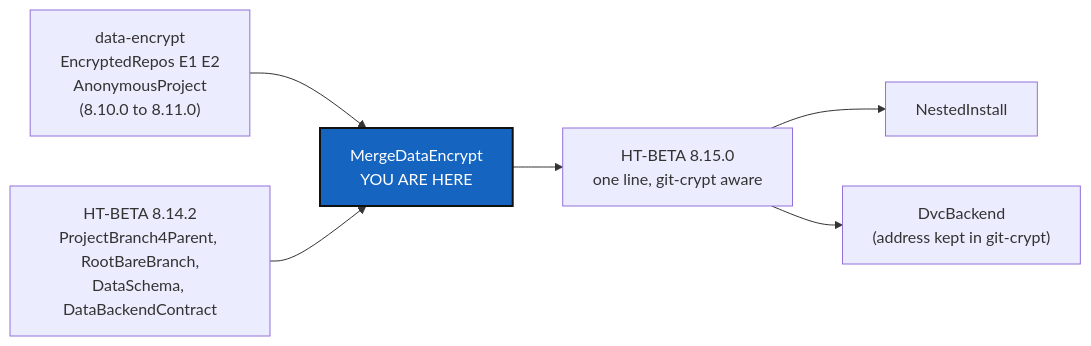
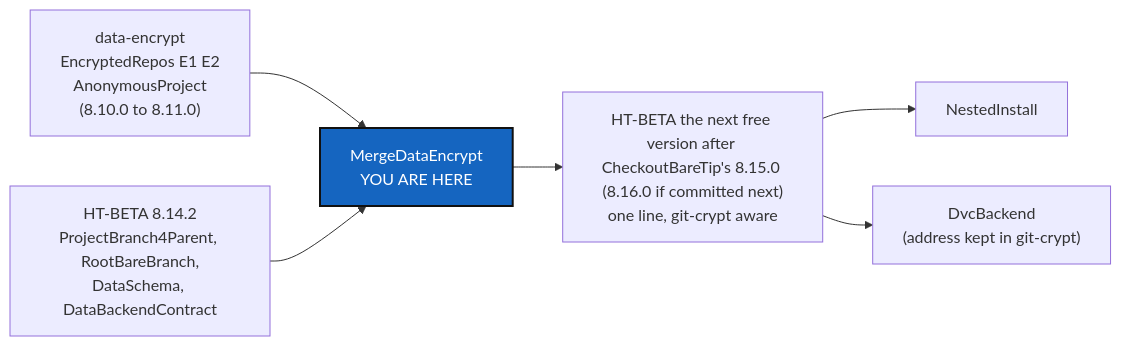
One commit to flipoyo/.dev changed the diagram in DevTickets/openTickets/HT-BETA_1-2_DEV2_MergeDataEncrypt_DevPlanTicket.md. Above: the diagram before and after it, drawn with Mermaid. The commit also changed other lines of this file and 3 other files, not shown here.

````diff
--- a/DevTickets/openTickets/HT-BETA_1-2_DEV2_MergeDataEncrypt_DevPlanTicket.md
+++ b/DevTickets/openTickets/HT-BETA_1-2_DEV2_MergeDataEncrypt_DevPlanTicket.md
@@ -38,11 +38,11 @@
 ```mermaid
 graph LR
     DE["data-encrypt<br/>EncryptedRepos E1 E2<br/>AnonymousProject<br/>(8.10.0 to 8.11.0)"] --> M["MergeDataEncrypt<br/>YOU ARE HERE"]
     HB["HT-BETA 8.14.2<br/>ProjectBranch4Parent, RootBareBranch,<br/>DataSchema, DataBackendContract"] --> M
-    M --> R["HT-BETA 8.15.0<br/>one line, git-crypt aware"]
+    M --> R["HT-BETA the next free version after CheckoutBareTip's 8.15.0 (8.16.0 if committed next)<br/>one line, git-crypt aware"]
     R --> NI["NestedInstall"]
     R --> DB["DvcBackend<br/>(address kept in git-crypt)"]
 
     classDef here fill:#1565C0,color:#fff,stroke:#111,stroke-width:2px;
     class M here;
 ```
````
